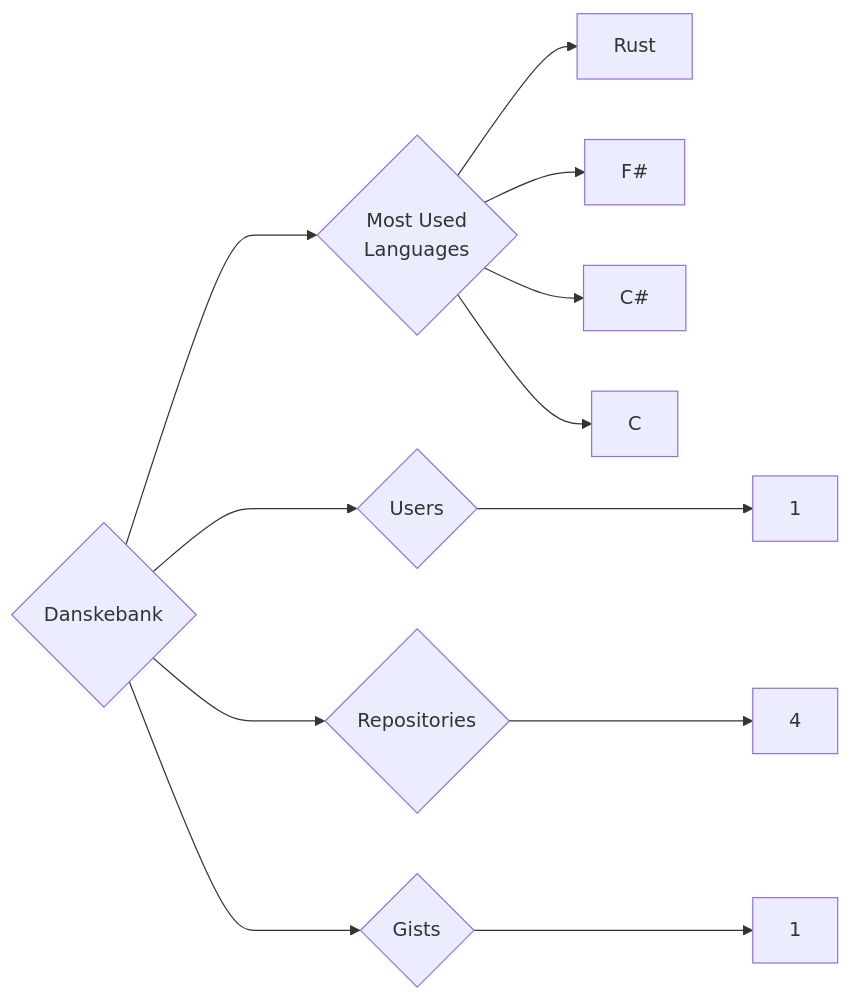
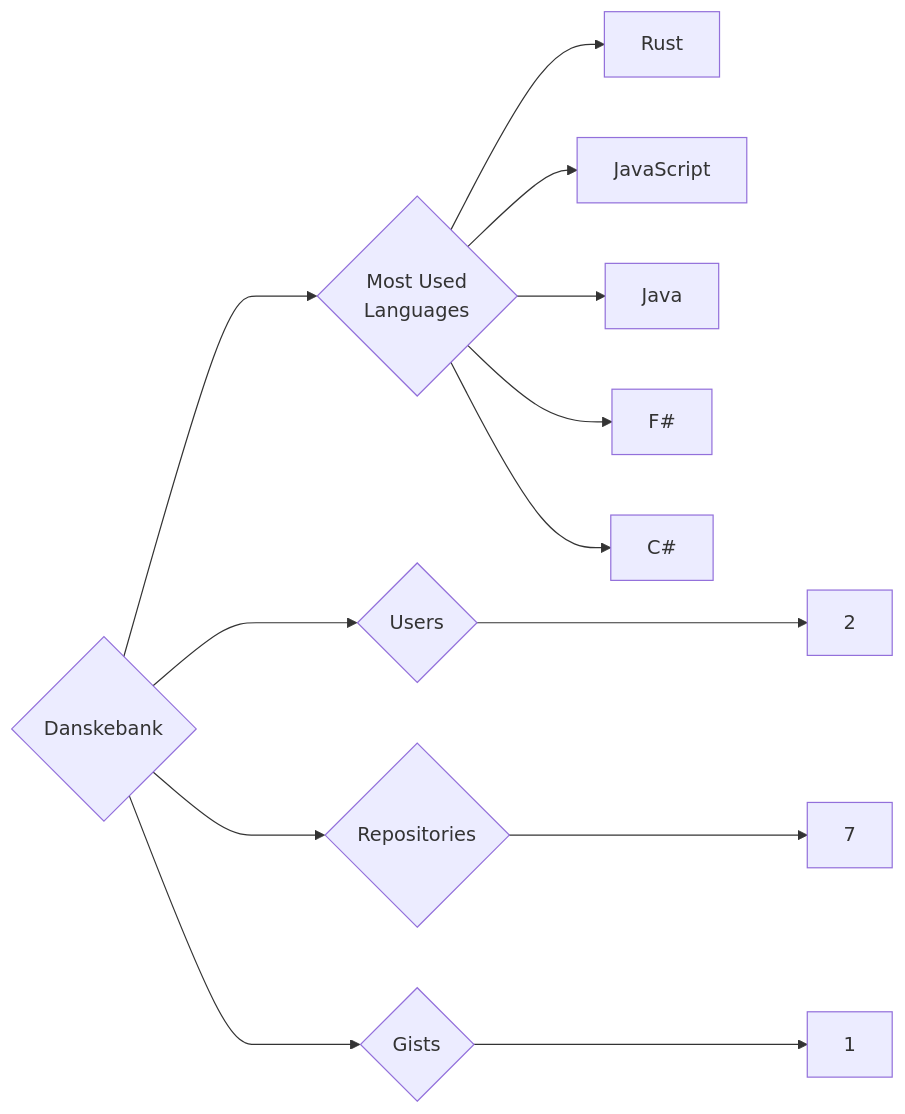
Before and after one commit to trickest/insiders: the diagram in targets/Danskebank/README.md, drawn with Mermaid. The commit also changed 1003 other files, not shown here.

````diff
--- a/targets/Danskebank/README.md
+++ b/targets/Danskebank/README.md
@@ -3,12 +3,13 @@
 ```mermaid
 graph LR
 COMPANY_NAME{Danskebank}
-COMPANY_NAME ---> U{Users} ---> UN[1]
-COMPANY_NAME ---> R{Repositories} ---> RN[4]
+COMPANY_NAME ---> U{Users} ---> UN[2]
+COMPANY_NAME ---> R{Repositories} ---> RN[7]
 COMPANY_NAME ---> G{Gists} ---> GN[1]
 COMPANY_NAME ---> ML{Most Used<br>Languages}
 ML --> Rust[Rust]
+ML --> JavaScript[JavaScript]
+ML --> Java[Java]
 ML --> F#[F#]
 ML --> C#[C#]
-ML --> C[C]
 ```
````
